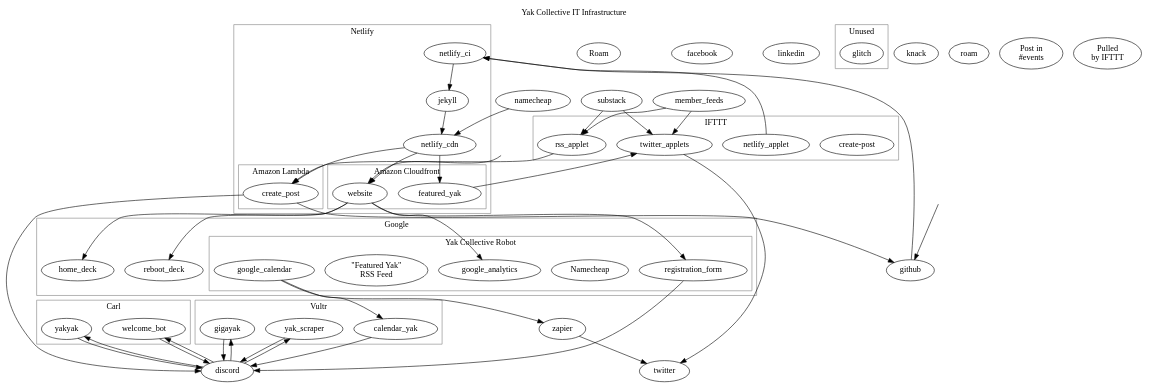
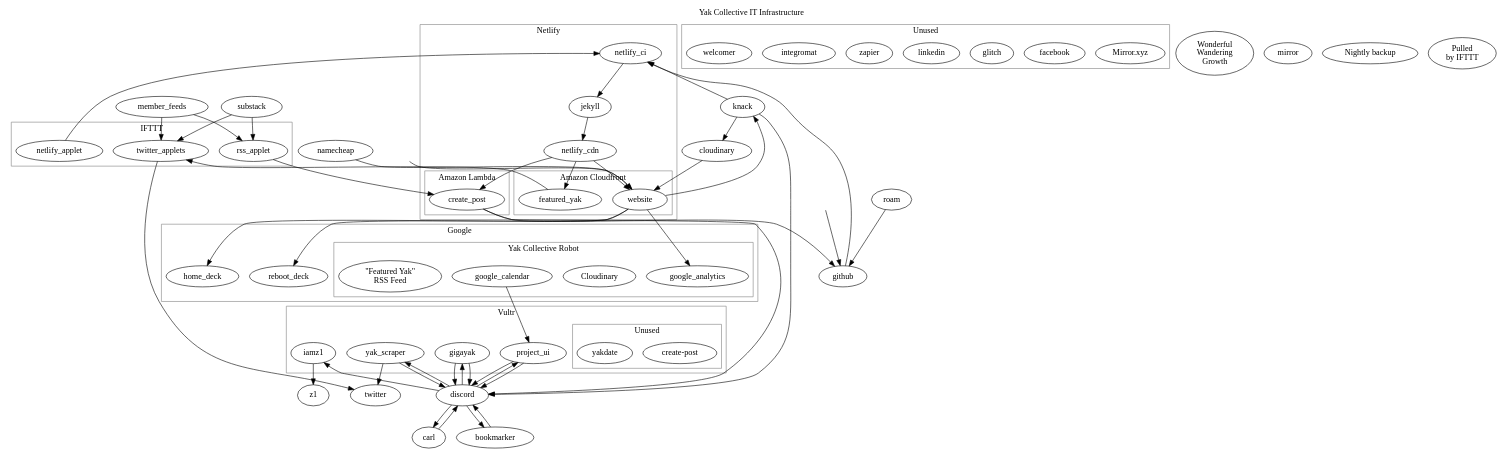
The diagram in infrastructure.dot (tilnow/docjs), drawn with Graphviz before and after one commit. The commit also changed 2 other files, not shown here.

```diff
--- a/infrastructure.dot
+++ b/infrastructure.dot
@@ -1,176 +1,200 @@
 # A dot file which includes all (known) Yak Collective IT
 # infrastructure.
 #
 # Unlike standard Graphviz dot, we define some macros (in `macros.sed`)
 # that need to be replaced pre-render. You should familiarize yourself
 # with that file before editing this one.
 
 digraph yak_infrastructure {
 	labelloc = "t";
 	label = "Yak Collective IT Infrastructure";
 	labelURL = "https://roamresearch.com/#/app/ArtOfGig/page/6fhTlx1p_";
 
 	# Components
 	#
 	subgraph cluster_google {
 		labelloc = "t";
 		label = "Google";
 		color = "gray";
 
 		subgraph cluster_robot {
 			labelloc = "t";
 			label = "Yak Collective Robot";
 			labelURL = "https://roamresearch.com/#/app/ArtOfGig/page/bRd-QWJA0";
 			color = "gray";
 
 			google_analytics INTERNAL_SERVICE [label = "Google\nAnalytics"] [URL = "https://roamresearch.com/#/app/ArtOfGig/page/gkim0kNQ8"];
 			google_calendar STATIC_DATA [label = "Google\nCalendar"] [URL = "https://roamresearch.com/#/app/ArtOfGig/page/5JAKKBvdi"];
-			registration_form STATIC_DATA [label = "Registration\nForm"] [URL = "https://roamresearch.com/#/app/ArtOfGig/page/oG9FwDcRH"];
 		}
 
 		reboot_deck STATIC_DATA [label = "\"Don't Waste the\nReboot\" deck"] [URL = "https://roamresearch.com/#/app/ArtOfGig/page/s7km8fEQp"];
 		home_deck STATIC_DATA [label = "\"The New Old\nHome\" deck"] [URL = "https://roamresearch.com/#/app/ArtOfGig/page/sGxc8YzrD"];
 	}
-
-	zapier INTERNAL_SERVICE [label = "Zapier"] [URL = "https://roamresearch.com/#/app/ArtOfGig/page/WW4JidMuQ"];
 
 	subgraph cluster_vultr {
 		labelloc = "t";
 		label = "Vultr";
 		labelURL = "https://roamresearch.com/#/app/ArtOfGig/page/WpgCSZdjg";
 		color = "gray";
 
-		calendar_yak APPLET [label = "Calendar Yak"] [URL = "https://roamresearch.com/#/app/ArtOfGig/page/h8CetC_Re"];
-		yak_scraper APPLET [label = "yak_scraper"] [URL = "https://roamresearch.com/#/app/ArtOfGig/page/AaFxsbkdW"];
 		gigayak APPLET [label = "gigayak"] [URL = "https://roamresearch.com/#/app/ArtOfGig/page/_1voFfg7g"];
+		iamz1 APPLET [label = "IamZ1"] [URL = "https://roamresearch.com/#/app/ArtOfGig/page/SvvXQHcP-"];
+		project_ui APPLET [label = "Project_UI"] [URL = "https://roamresearch.com/#/app/ArtOfGig/page/6F1F3oaNT"];
+		yak_scraper APPLET [label = "Shepherd / \nyak_scraper"] [URL = "https://roamresearch.com/#/app/ArtOfGig/page/AaFxsbkdW"];
+
+		subgraph cluster_vultr_unused {
+			labelloc = "t";
+			label = "Unused";
+			color = "gray";
+
+			yakdate APPLET [label = "yakdate"] [URL = "https://roamresearch.com/#/app/ArtOfGig/page/h8CetC_Re"];
+		}
 	}
 
-	subgraph cluster_carl {
-		labelloc = "t";
-		label = "Carl";
-		labelURL = "https://roamresearch.com/#/app/ArtOfGig/page/wfmK-RIl1";
-		color = "gray";
+	carl APPLET [label = "Carl"] [URL = "https://roamresearch.com/#/app/ArtOfGig/page/wfmK-RIl1"];
 
-		welcome_bot APPLET [label = "welcome_bot"] [URL = "https://roamresearch.com/#/app/ArtOfGig/page/S_Xkw1vVi"];
-		yakyak  APPLET [label = "yakyak"] [URL = "https://roamresearch.com/#/app/ArtOfGig/page/Q1LoZ_dE4"];
-	}
+	bookmarker APPLET [label = "Bookmarker"] [URL = "https://roamresearch.com/#/app/ArtOfGig/page/olyafjy4D"];
 
 	discord EXTERNAL_SERVICE [label = "Discord"] [URL = "https://roamresearch.com/#/app/ArtOfGig/page/AsI1N4yGZ"];
 
 	substack EXTERNAL_SERVICE [label = "Substack"] [URL = "https://roamresearch.com/#/app/ArtOfGig/page/kMaCo6Xc-"];
 
 	member_feeds STATIC_DATA [label = "Member RSS\nFeeds"] [URL = "https://roamresearch.com/#/app/ArtOfGig/page/RLF445t5m"];
 
 	twitter EXTERNAL_SERVICE [label = "Twitter"] [URL = "https://roamresearch.com/#/app/ArtOfGig/page/ssp9sORuP"];
-	facebook EXTERNAL_SERVICE [label = "Facebook"] [URL = "https://roamresearch.com/#/app/ArtOfGig/page/WZKSWTGz5"];
-	linkedin EXTERNAL_SERVICE [label = "LinkedIn"] [URL = "https://roamresearch.com/#/app/ArtOfGig/page/M17w4lZJB"];
+
+	z1 HARDWARE [label = "Wonderful\nWandering\nGrowth"] [URL = "https://roamresearch.com/#/app/ArtOfGig/page/lLs7Ev9Pd"];
 
 	subgraph cluster_unused {
 		labelloc = "t";
 		label = "Unused";
 		color = "gray";
 
+		facebook EXTERNAL_SERVICE [label = "Facebook"] [URL = "https://roamresearch.com/#/app/ArtOfGig/page/WZKSWTGz5"];
 		glitch INTERNAL_SERVICE [label = "Glitch"] [URL = "https://roamresearch.com/#/app/ArtOfGig/page/bTxU0ABQS"];
+		linkedin EXTERNAL_SERVICE [label = "LinkedIn"] [URL = "https://roamresearch.com/#/app/ArtOfGig/page/M17w4lZJB"];
+		zapier INTERNAL_SERVICE [label = "Zapier"] [URL = "https://roamresearch.com/#/app/ArtOfGig/page/WW4JidMuQ"];
+
+		integromat INTERNAL_SERVICE [label = "Integromat"] [URL = "https://roamresearch.com/#/app/ArtOfGig/page/ExYczJs8u"];
+
+		welcomer APPLET [label = "Welcomer"] [URL = "https://roamresearch.com/#/app/ArtOfGig/page/6EFGxN2M8"];
 	}
 
 	subgraph cluster_ifttt {
 		labelloc = "t";
 		label = "IFTTT";
 		labelURL = "https://roamresearch.com/#/app/ArtOfGig/page/1jMx-b5Fs";
 		color = "gray";
 
 		rss_applet APPLET [label = "create-post\nApplets"] [URL = "https://roamresearch.com/#/app/ArtOfGig/page/ucCeiIsih"];
 		twitter_applets APPLET [label = "Twitter\nApplets"] [URL = "https://roamresearch.com/#/app/ArtOfGig/page/j7DInC9sg"];
 		netlify_applet APPLET [label = "Netlify Build\nHook Applet"] [URL = "https://roamresearch.com/#/app/ArtOfGig/page/EWP06EjZH"];
 	}
 
 	github INTERNAL_SERVICE [label = "GitHub"] [URL = "https://roamresearch.com/#/app/ArtOfGig/page/1PVNV7Ell"];
 
 	subgraph cluster_netlify {
 		labelloc = "t";
 		label = "Netlify";
 		labelURL = "https://roamresearch.com/#/app/ArtOfGig/page/SVNduLQJn";
 		color = "gray";
 
 		netlify_ci INTERNAL_SERVICE [label = "Netlify Continuous\nIntegration"] [URL = "https://roamresearch.com/#/app/ArtOfGig/page/lfZqzDmtI"];
 		jekyll APPLET [label = "Jekyll"] [URL = "https://roamresearch.com/#/app/ArtOfGig/page/fF35dWNYl"];
 		netlify_cdn INTERNAL_SERVICE [label = "Netlify\nCDN"] [URL = "https://roamresearch.com/#/app/ArtOfGig/page/R-E2CDAe2"];
 
 		subgraph cluster_cloudfront {
 			labelloc = "t";
 			label = "Amazon Cloudfront";
 			color = "gray";
 
 			website STATIC_DATA [label = "Yak Collective\nWebsite"] [URL = "https://roamresearch.com/#/app/ArtOfGig/page/h0Wx539Oq"];
 			featured_yak STATIC_DATA [label = "\"Featured Yak\"\nRSS Feed"] [URL = "https://roamresearch.com/#/app/ArtOfGig/page/ZzuH6YDFq"];
 		}
 
 		subgraph cluster_lambda {
 			labelloc = "t";
 			label = "Amazon Lambda";
 			color = "gray";
 
 			create_post APPLET [label = "create-post"] [URL = "https://roamresearch.com/#/app/ArtOfGig/page/wDK81GyfO"];
 		}
 	}
 
 	namecheap INTERNAL_SERVICE [label = "Namecheap"] [URL = "https://roamresearch.com/#/app/ArtOfGig/page/SrB_NQUiU"];
+
+	cloudinary INTERNAL_SERVICE [label = "Cloudinary"] [URL = "https://roamresearch.com/#/app/ArtOfGig/page/aZug23GyY"];
+
 	knack EXTERNAL_SERVICE [label = "Knack"] [URL = "https://roamresearch.com/#/app/ArtOfGig/page/FDjmLsCeR"];
+
 	roam EXTERNAL_SERVICE [label = "Roam"] [URL = "https://roamresearch.com/#/app/ArtOfGig/page/FEPWC0DLJ"];
+
+	mirror EXTERNAL_SERVICE [label = "Mirror.xyz"] [URL = "https://roamresearch.com/#/app/ArtOfGig/page/wTZFaIrwc"];
 
 	# Hidden user interaction nodes
 	#
 	visitor  [shape = plaintext] [label = ""];
 	developer  [shape = plaintext] [label = ""];
 
 	# Website data flows to Google
 	#
 	website -> google_analytics AUTO_DATA [label = "Visitor analytics"];
 	website -> {reboot_deck, home_deck} USER_DATA [label = "Google Slides / PDF"];
 
 	# Member registration flow
 	#
 	visitor -> website USER_DATA [label = "Website visitor"];
-	website -> registration_form USER_DATA [label = "Sign up form\n(minimal data)"];
-	registration_form -> discord USER_DATA [label = "Invite link"];
-	discord -> {welcome_bot, yakyak} AUTO_DATA [label = "New user\nnotification / data"];
-	welcome_bot -> discord AUTO_DATA [label = "Welcome message\nseries"];
-	yakyak -> discord AUTO_DATA [label = "Prune inactive\nusers"];
+	website -> knack USER_DATA [label = "Sign up form\n(minimal data)"];
+	knack -> discord USER_DATA [label = "Invite link"];
 
 	# Member interactions
 	#
-	discord -> {gigayak, yak_scraper} USER_DATA [label = "User\ncommand"];
+	discord -> {bookmarker, carl} AUTO_DATA [label = "Command"];
+	{bookmarker, carl} -> discord AUTO_DATA [label = "Response"];
+
+	discord -> {gigayak, iamz1, yak_scraper} USER_DATA [label = "User\ncommand"];
 	{gigayak, yak_scraper} -> discord USER_DATA [label = "Requested info or\nacknowledgement"];
+	iamz1 -> z1 USER_DATA [label = "Rover command"];
+	yak_scraper -> twitter USER_DATA [label = "$yaktweet"];
+
+	discord -> project_ui AUTO_DATA [label = "Channel\ninformation"];
+	project_ui -> discord AUTO_DATA [label = "Build\n#project-notifications"];
+
+	gigayak -> discord USER_DATA [label = "Build\n#gig-list"];
 
 	# Building the website
 	#
 	developer -> github USER_DATA [label = "Git commit"];
 	github -> netlify_ci AUTO_DATA [label = "Repo contents pushed\non commit"];
 	netlify_applet -> netlify_ci AUTO_DATA [label = "Trigger rebuild\nevery 24 hours"];
+	knack -> netlify_ci AUTO_DATA [label = "Pull member data\nduring build process"];
 	netlify_ci -> jekyll AUTO_DATA [label = "Build website"];
 	jekyll -> netlify_cdn AUTO_DATA [label = "Optimize & deploy\nwebsite files"];
-	namecheap -> netlify_cdn AUTO_DATA [label = "DNS information"];
+	namecheap -> website USER_DATA [label = "DNS information"];
 	netlify_cdn -> {website, featured_yak} AUTO_DATA [label = "Push to Amazon\nCloudfront"];
 	netlify_cdn -> create_post AUTO_DATA [label = "Create Amazon\nLambda function"];
+	knack -> cloudinary AUTO_DATA [label = "Image\nprocessing"];
+	cloudinary -> website USER_DATA [label = "Serve images\nto visitors"];
 
 	# Various RSS feeds to the website/Discord
 	#
 	{member_feeds, substack} -> rss_applet USER_DATA [label = "Pulled\nby IFTTT"];
 	rss_applet -> create_post AUTO_DATA [label = "RSS post data\nto webhook"];
 	create_post -> github AUTO_DATA [label = "Commit new\nmember post"];
 	create_post -> discord AUTO_DATA [label = "Post in\n#yaktalk-content"];
 
 	# Various RSS feeds to Twitter/Discord
 	#
 	{member_feeds, substack} -> twitter_applets USER_DATA [label = "Pulled\nby IFTTT"];
 	featured_yak -> twitter_applets AUTO_DATA [label = "Pulled\nby IFTTT"];
 	twitter_applets -> twitter AUTO_DATA [label = "Tweet about\nnew content"];
 
-	# Google Calendar  ->  Twitter/Discord
+	# Google Calendar ->  Discord
 	#
-	google_calendar -> zapier AUTO_DATA [label = "Pulled by\nZapier"];
-	zapier -> twitter AUTO_DATA [label = "Tweet about\nnew content"];
+	google_calendar -> project_ui AUTO_DATA [label = "Google Calendar\nAPI"];
+	project_ui -> discord AUTO_DATA [label = "Post in\n#events-this-week"];
 
-	google_calendar -> calendar_yak AUTO_DATA [label = "Google Calendar\nAPI"];
-	calendar_yak -> discord AUTO_DATA [label = "Post in\n#events"];
+	# Backup
+	#
+	roam -> github AUTO_DATA [label = "Nightly backup"];
 }
```
